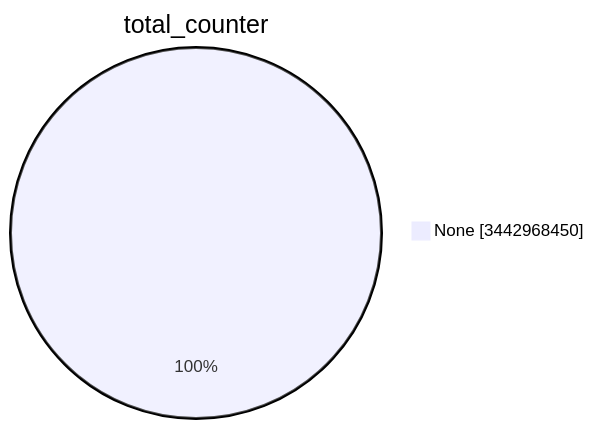
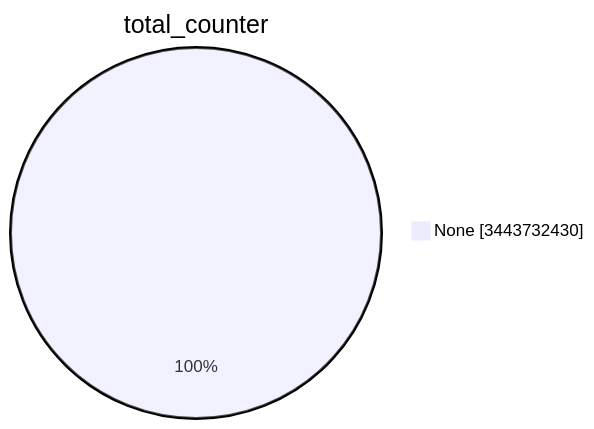
One commit to christiankrug/ctmonitor_visualization changed the first of 15 diagrams in TOTAL/README.md. Above: the diagram before and after it, drawn with Mermaid. The commit also changed other lines of this file, not shown here.

````diff
--- a/TOTAL/README.md
+++ b/TOTAL/README.md
@@ -1,5 +1,5 @@
 ```mermaid
 pie showData
 title total_counter
-"None" :3442968450
+"None" :3443732430
 ```
````
